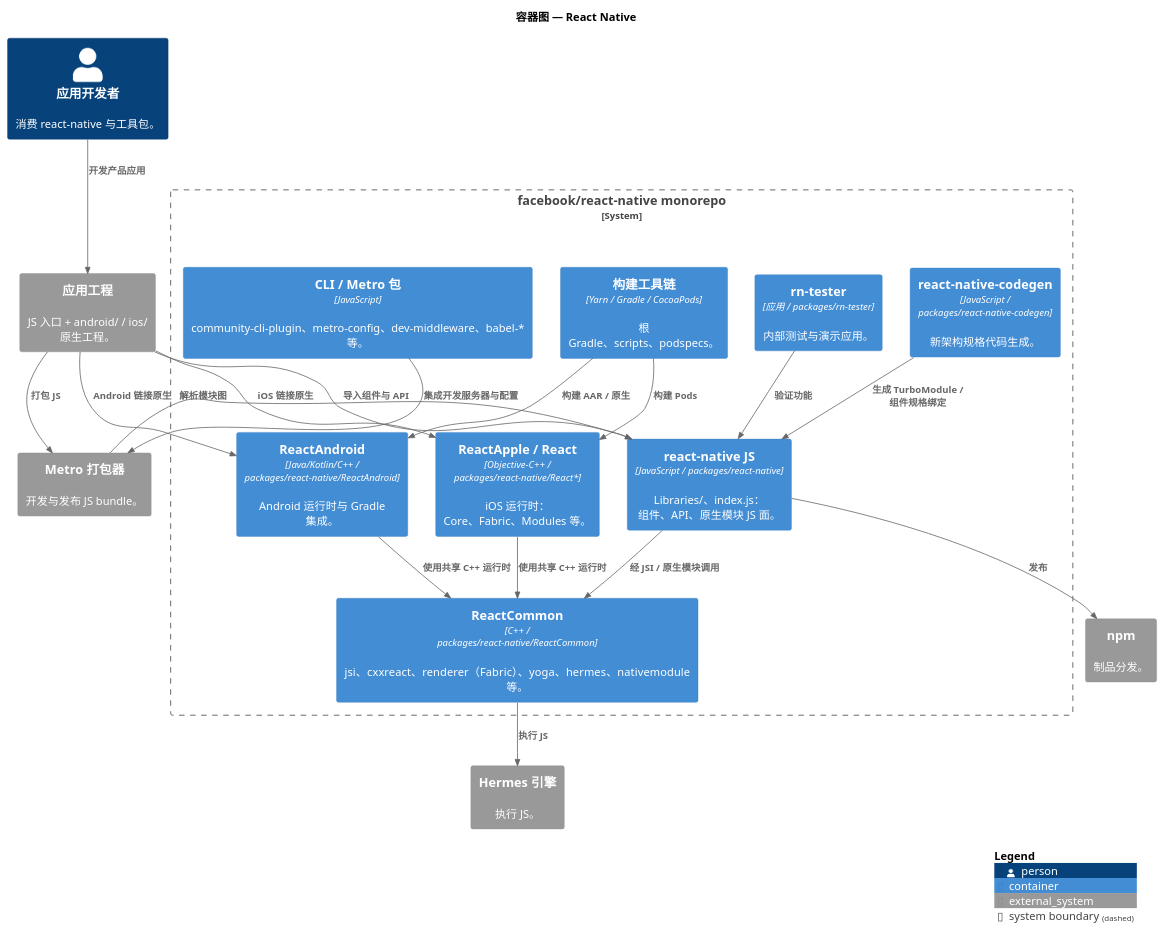
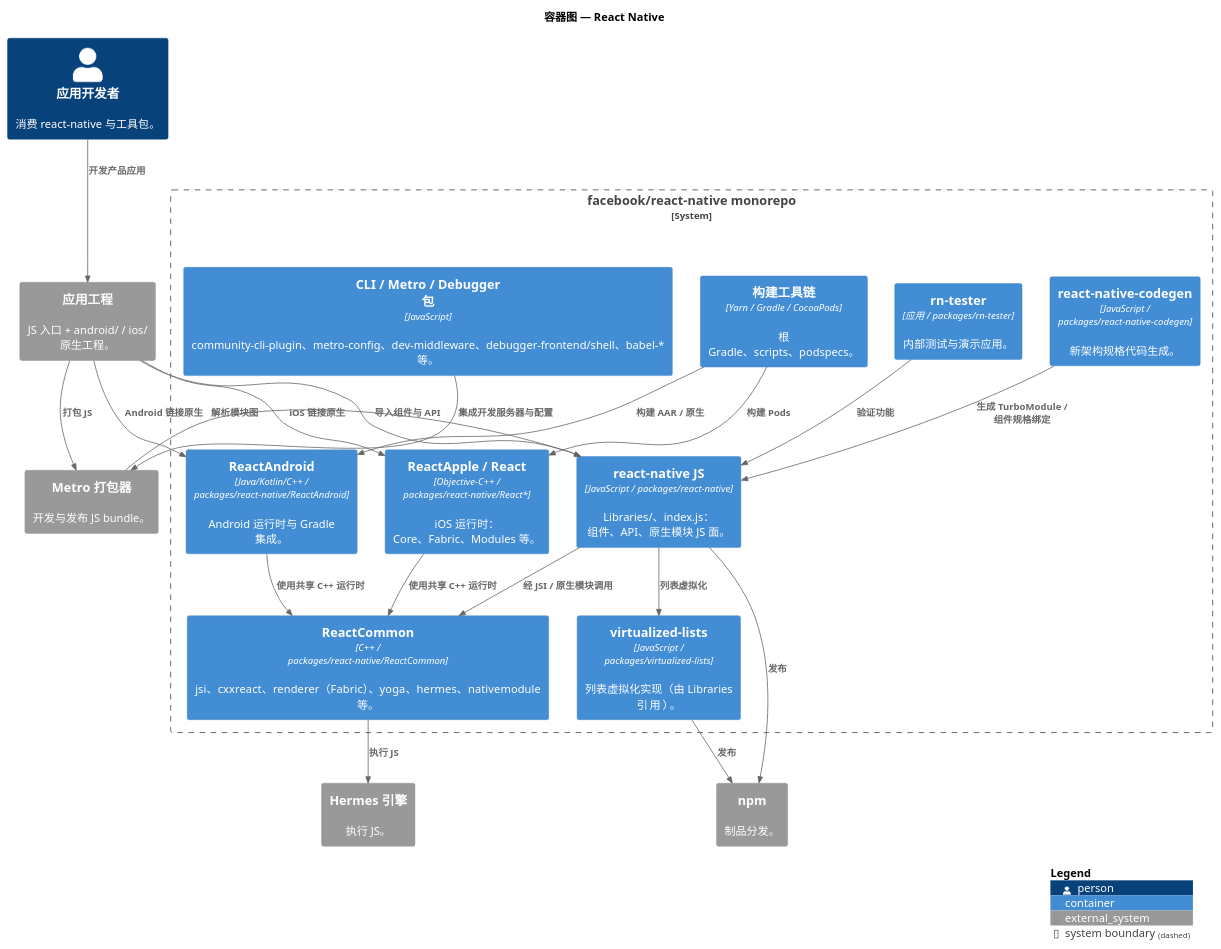
Before and after one commit to felixzhu97/community-docs: the diagram in react-native/docs/c4-model/C2-Container.puml, drawn with PlantUML. The commit also changed 1 other file, not shown here.

Commit message:
docs(react-native): document virtualized-lists and debugger packages (#14)

```diff
--- a/react-native/docs/c4-model/C2-Container.puml
+++ b/react-native/docs/c4-model/C2-Container.puml
@@ -1,45 +1,48 @@
 @startuml ReactNative_Containers
 !include https://raw.githubusercontent.com/plantuml-stdlib/C4-PlantUML/master/C4_Container.puml
 
 title 容器图 — React Native
 
 Person(dev, "应用开发者", "消费 react-native 与工具包。")
 System_Ext(app, "应用工程", "JS 入口 + android/ / ios/ 原生工程。")
 
 System_Boundary(mono, "facebook/react-native monorepo") {
 
     Container(rnJs, "react-native JS", "JavaScript / packages/react-native", "Libraries/、index.js：组件、API、原生模块 JS 面。")
     Container(reactApple, "ReactApple / React", "Objective-C++ / packages/react-native/React*", "iOS 运行时：Core、Fabric、Modules 等。")
     Container(reactAndroid, "ReactAndroid", "Java/Kotlin/C++ / packages/react-native/ReactAndroid", "Android 运行时与 Gradle 集成。")
     Container(reactCommon, "ReactCommon", "C++ / packages/react-native/ReactCommon", "jsi、cxxreact、renderer（Fabric）、yoga、hermes、nativemodule 等。")
     Container(codegen, "react-native-codegen", "JavaScript / packages/react-native-codegen", "新架构规格代码生成。")
-    Container(cliPlugins, "CLI / Metro 包", "JavaScript", "community-cli-plugin、metro-config、dev-middleware、babel-* 等。")
+    Container(vlists, "virtualized-lists", "JavaScript / packages/virtualized-lists", "列表虚拟化实现（由 Libraries 引用）。")
+    Container(cliPlugins, "CLI / Metro / Debugger 包", "JavaScript", "community-cli-plugin、metro-config、dev-middleware、debugger-frontend/shell、babel-* 等。")
     Container(rnTester, "rn-tester", "应用 / packages/rn-tester", "内部测试与演示应用。")
     Container(tooling, "构建工具链", "Yarn / Gradle / CocoaPods", "根 Gradle、scripts、podspecs。")
 }
 
 System_Ext(metro, "Metro 打包器", "开发与发布 JS bundle。")
 System_Ext(hermes, "Hermes 引擎", "执行 JS。")
 System_Ext(npm, "npm", "制品分发。")
 
 Rel(dev, app, "开发产品应用")
 Rel(app, rnJs, "导入组件与 API")
 Rel(app, reactApple, "iOS 链接原生")
 Rel(app, reactAndroid, "Android 链接原生")
 Rel(app, metro, "打包 JS")
 Rel(metro, rnJs, "解析模块图")
 
 Rel(rnJs, reactCommon, "经 JSI / 原生模块调用")
 Rel(reactApple, reactCommon, "使用共享 C++ 运行时")
 Rel(reactAndroid, reactCommon, "使用共享 C++ 运行时")
 Rel(reactCommon, hermes, "执行 JS")
 Rel(codegen, rnJs, "生成 TurboModule / 组件规格绑定")
+Rel(rnJs, vlists, "列表虚拟化")
 Rel(cliPlugins, metro, "集成开发服务器与配置")
 
 Rel(tooling, reactAndroid, "构建 AAR / 原生")
 Rel(tooling, reactApple, "构建 Pods")
 Rel(rnTester, rnJs, "验证功能")
 Rel(rnJs, npm, "发布")
+Rel(vlists, npm, "发布")
 
 SHOW_LEGEND()
 @enduml
```
